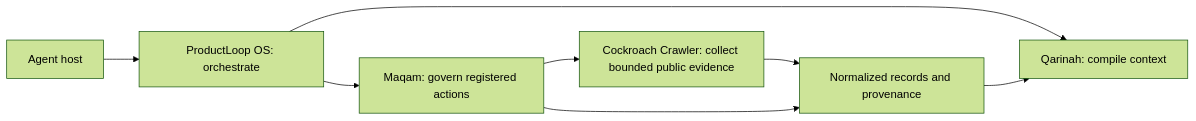
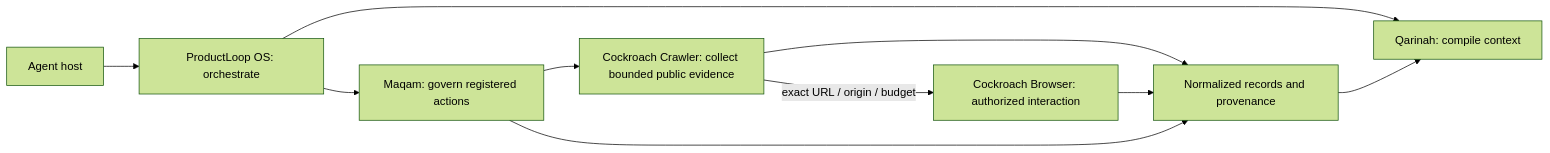
One commit to AjnasNB/cockroach-crawler changed the diagram in README.md. Above: the diagram before and after it, drawn with Mermaid (forest theme). The commit also changed other lines of this file and 7 other files, not shown here.

Commit message:
docs: define Cockroach Browser handoff

````diff
--- a/README.md
+++ b/README.md
@@ -221,10 +222,12 @@
 ```mermaid
 flowchart LR
   Agent["Agent host"] --> Loop["ProductLoop OS: orchestrate"]
   Loop --> Context["Qarinah: compile context"]
   Loop --> Maqam["Maqam: govern registered actions"]
   Maqam --> Crawl["Cockroach Crawler: collect bounded public evidence"]
+  Crawl -- "exact URL / origin / budget" --> Browser["Cockroach Browser: authorized interaction"]
   Crawl --> Evidence["Normalized records and provenance"]
+  Browser --> Evidence
   Evidence --> Context
   Maqam --> Evidence
 ```
````
